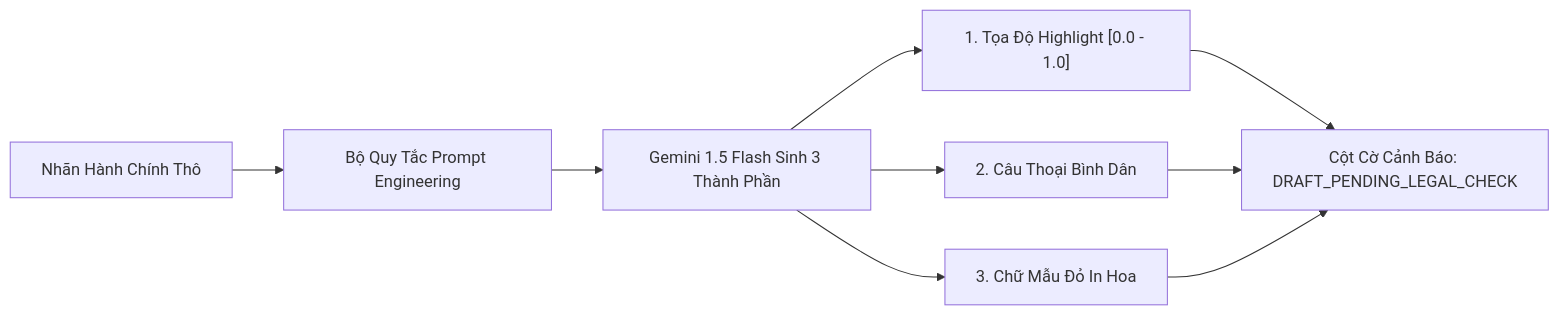
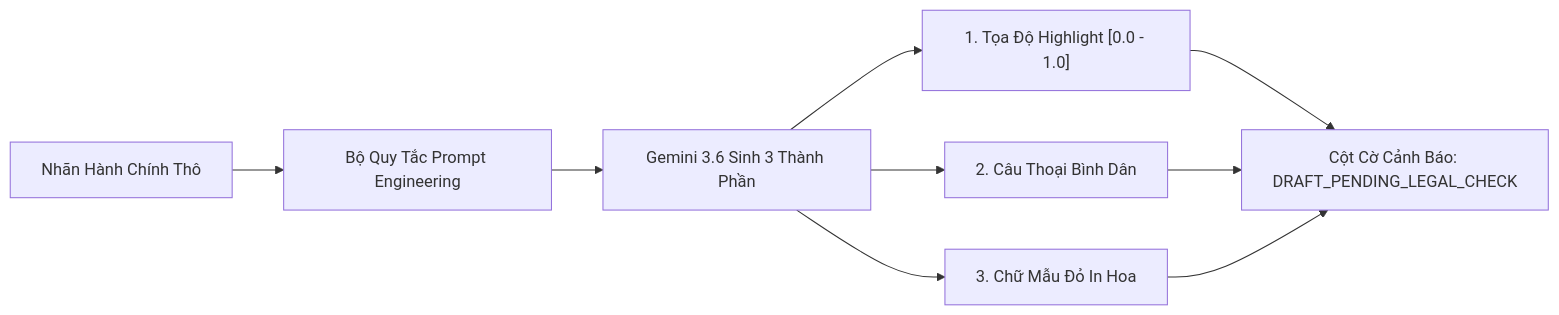
Before and after one commit to n22tk05/AFL-Platform: the eighth of 11 diagrams in docs/PRD.md, drawn with Mermaid. The commit also changed other lines of this file and 6 other files, not shown here.

````diff
--- a/docs/PRD.md
+++ b/docs/PRD.md
@@ -232,9 +232,9 @@
 ```mermaid
 flowchart LR
     A["Nhãn Hành Chính Thô"] --> B["Bộ Quy Tắc Prompt Engineering"]
-    B --> C["Gemini 1.5 Flash Sinh 3 Thành Phần"]
+    B --> C["Gemini 3.6 Sinh 3 Thành Phần"]
     C --> D["1. Tọa Độ Highlight [0.0 - 1.0]"]
     C --> E["2. Câu Thoại Bình Dân"]
     C --> F["3. Chữ Mẫu Đỏ In Hoa"]
     D & E & F --> G["Cột Cờ Cảnh Báo: DRAFT_PENDING_LEGAL_CHECK"]
 ```
````
